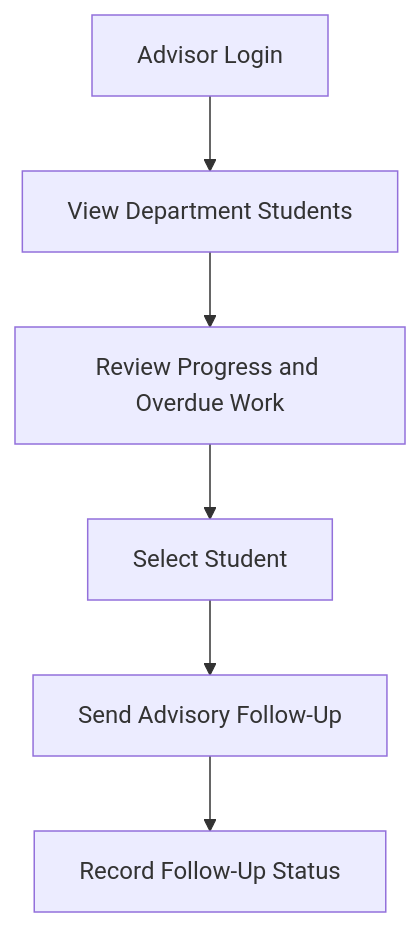
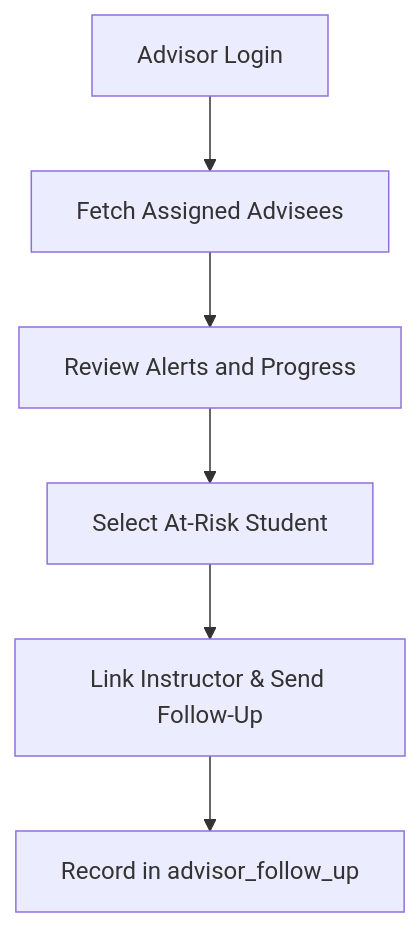
One commit to wingkit123/QuestLearn changed the fifth of 15 diagrams in part-i/Use-Cases.md. Above: the diagram before and after it, drawn with Mermaid. The commit also changed other lines of this file and 2 other files, not shown here.

Commit message:
docs: holistic consistency audit updates for Admin, Advisor, and Instructor actors

````diff
--- a/part-i/Use-Cases.md
+++ b/part-i/Use-Cases.md
@@ -391,8 +391,8 @@
 ```mermaid
 flowchart TD
-    A[Advisor Login] --> B[View Department Students]
-    B --> C[Review Progress and Overdue Work]
-    C --> D[Select Student]
-    D --> E[Send Advisory Follow-Up]
-    E --> F[Record Follow-Up Status]
+    A[Advisor Login] --> B[Fetch Assigned Advisees]
+    B --> C[Review Alerts and Progress]
+    C --> D[Select At-Risk Student]
+    D --> E[Link Instructor & Send Follow-Up]
+    E --> F[Record in advisor_follow_up]
 ```
````
